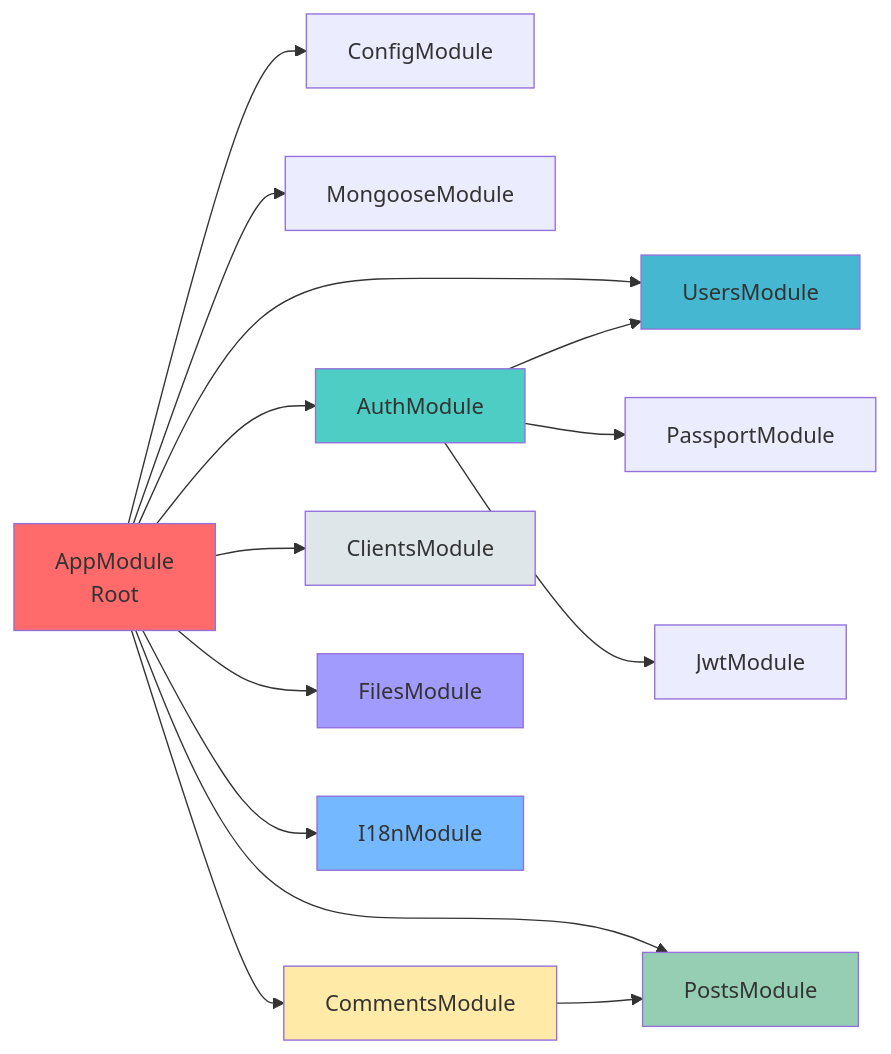
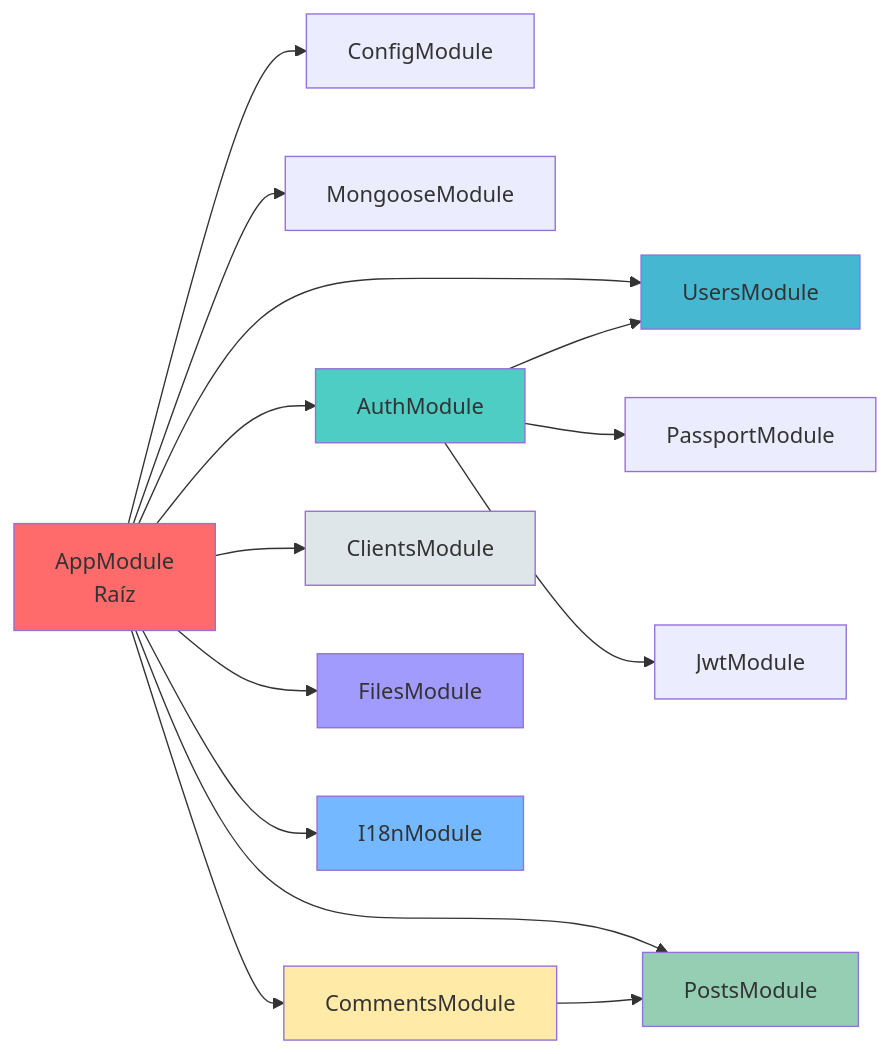
One commit to Byroncl/laboratory-reviews changed the second of 14 diagrams in docs-post-message/docs/backend/architecture/overview.md. Above: the diagram before and after it, drawn with Mermaid. The commit also changed other lines of this file and 17 other files, not shown here.

Commit message:
refactor: implement clean architecture patterns with domains, repositories, use cases, constants, and comprehensive tests

````diff
--- a/docs-post-message/docs/backend/architecture/overview.md
+++ b/docs-post-message/docs/backend/architecture/overview.md
@@ -57,29 +57,29 @@
 ```mermaid
 graph LR
-    AppModule["AppModule<br/>Root"]
+    AppModule["AppModule<br/>Raíz"]
     
     AppModule --> ConfigModule
     AppModule --> MongooseModule
     AppModule --> AuthModule
     AppModule --> UsersModule
     AppModule --> PostsModule
     AppModule --> CommentsModule
     AppModule --> ClientsModule
     AppModule --> FilesModule
     AppModule --> I18nModule
     
     AuthModule --> UsersModule
     AuthModule --> PassportModule
     AuthModule --> JwtModule
     
     CommentsModule --> PostsModule
     
     style AppModule fill:#ff6b6b
     style AuthModule fill:#4ecdc4
     style UsersModule fill:#45b7d1
     style PostsModule fill:#96ceb4
     style CommentsModule fill:#ffeaa7
     style ClientsModule fill:#dfe6e9
     style FilesModule fill:#a29bfe
     style I18nModule fill:#74b9ff
 ```
````
